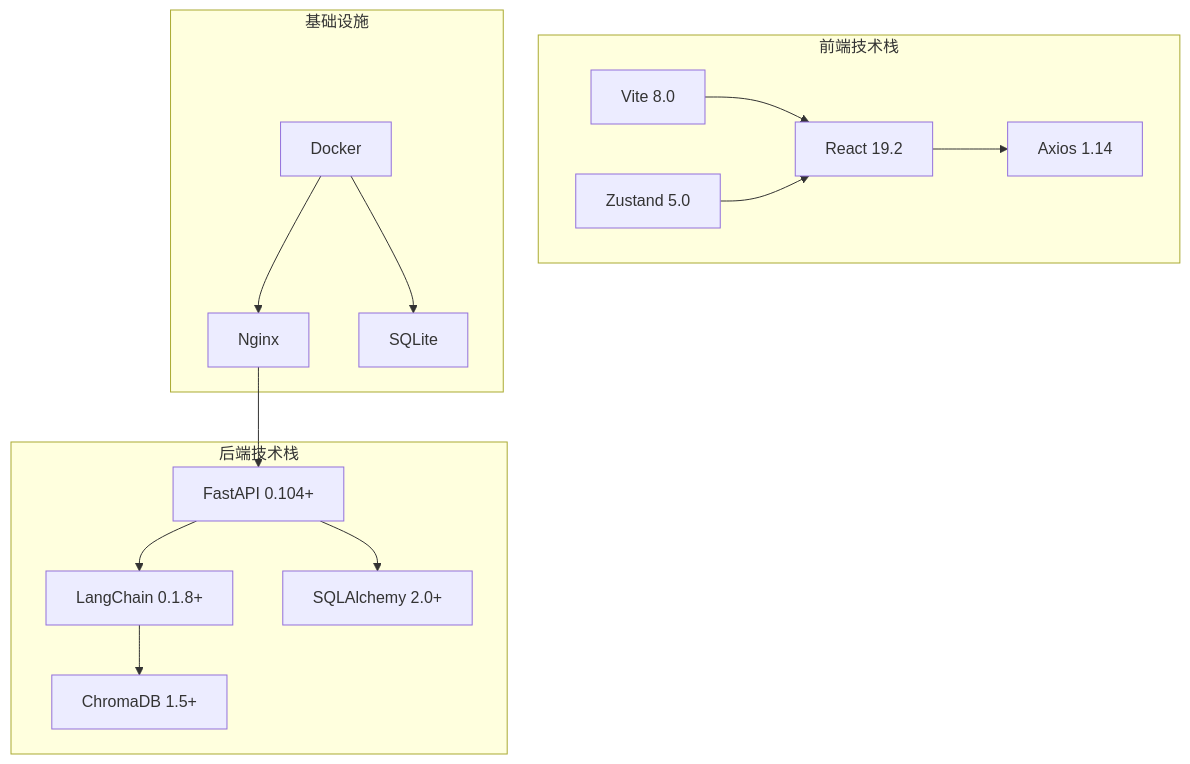
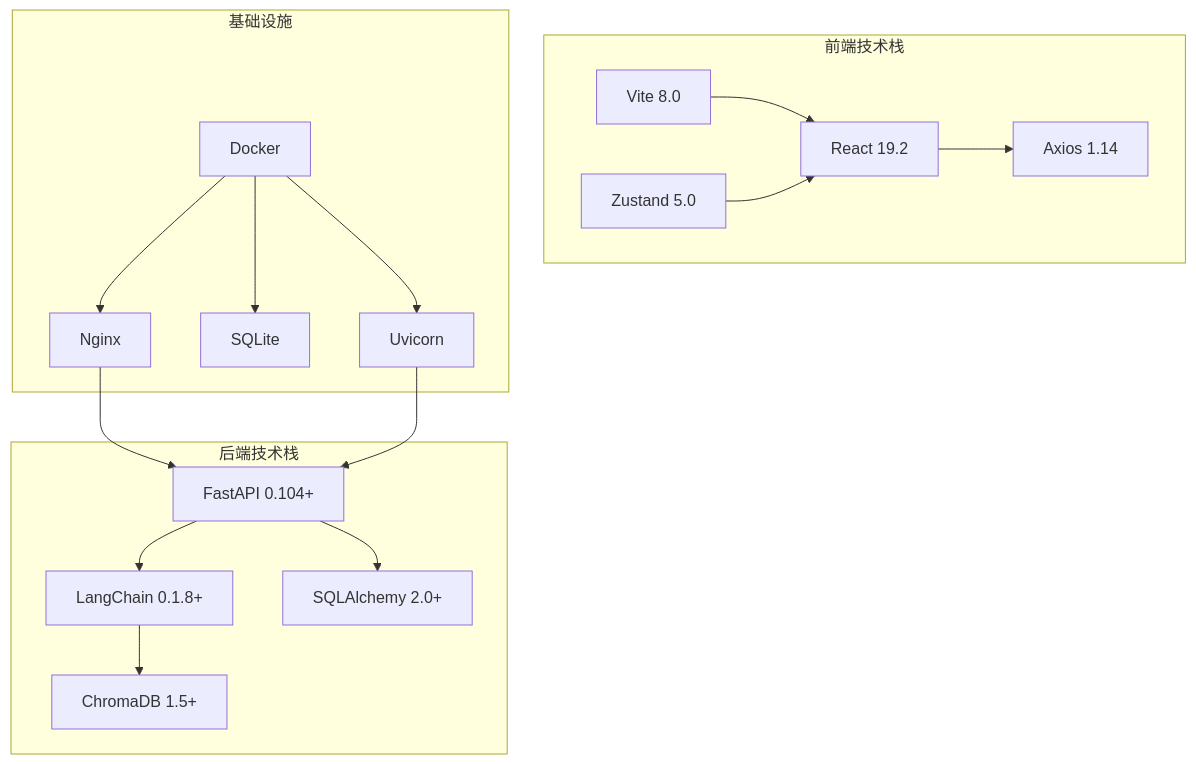
The ninth of 10 diagrams in .qoder/repowiki/zh/content/容器化部署.md (laohanhahaha/PaperChat), drawn with Mermaid before and after one commit. The commit also changed other lines of this file and 59 other files, not shown here.

````diff
--- a/.qoder/repowiki/zh/content/容器化部署.md
+++ b/.qoder/repowiki/zh/content/容器化部署.md
@@ -276,29 +395,32 @@
 ```mermaid
 graph TB
 subgraph "前端技术栈"
 REACT[React 19.2]
 VITE[Vite 8.0]
 ZUSTAND[Zustand 5.0]
 AXIOS[Axios 1.14]
 end
 subgraph "后端技术栈"
 FASTAPI[FastAPI 0.104+]
 LANGCHAIN[LangChain 0.1.8+]
 SQLALCHEMY[SQLAlchemy 2.0+]
 CHROMADB[ChromaDB 1.5+]
 end
 subgraph "基础设施"
 DOCKER[Docker]
 NGINX[Nginx]
 SQLITE[SQLite]
+UVICORN[Uvicorn]
 end
 REACT --> AXIOS
 VITE --> REACT
 ZUSTAND --> REACT
 FASTAPI --> LANGCHAIN
 FASTAPI --> SQLALCHEMY
 LANGCHAIN --> CHROMADB
 DOCKER --> NGINX
 DOCKER --> SQLITE
+DOCKER --> UVICORN
 NGINX --> FASTAPI
+UVICORN --> FASTAPI
 ```
````
